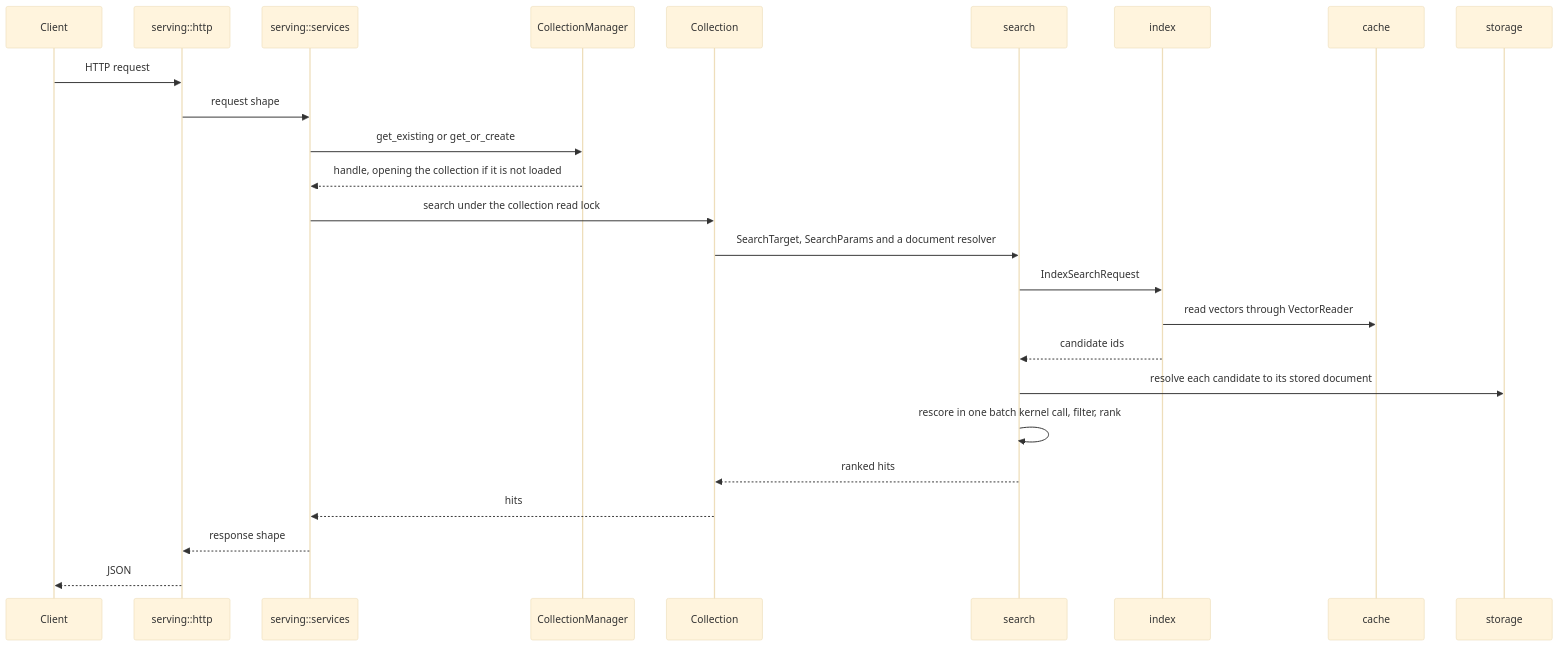
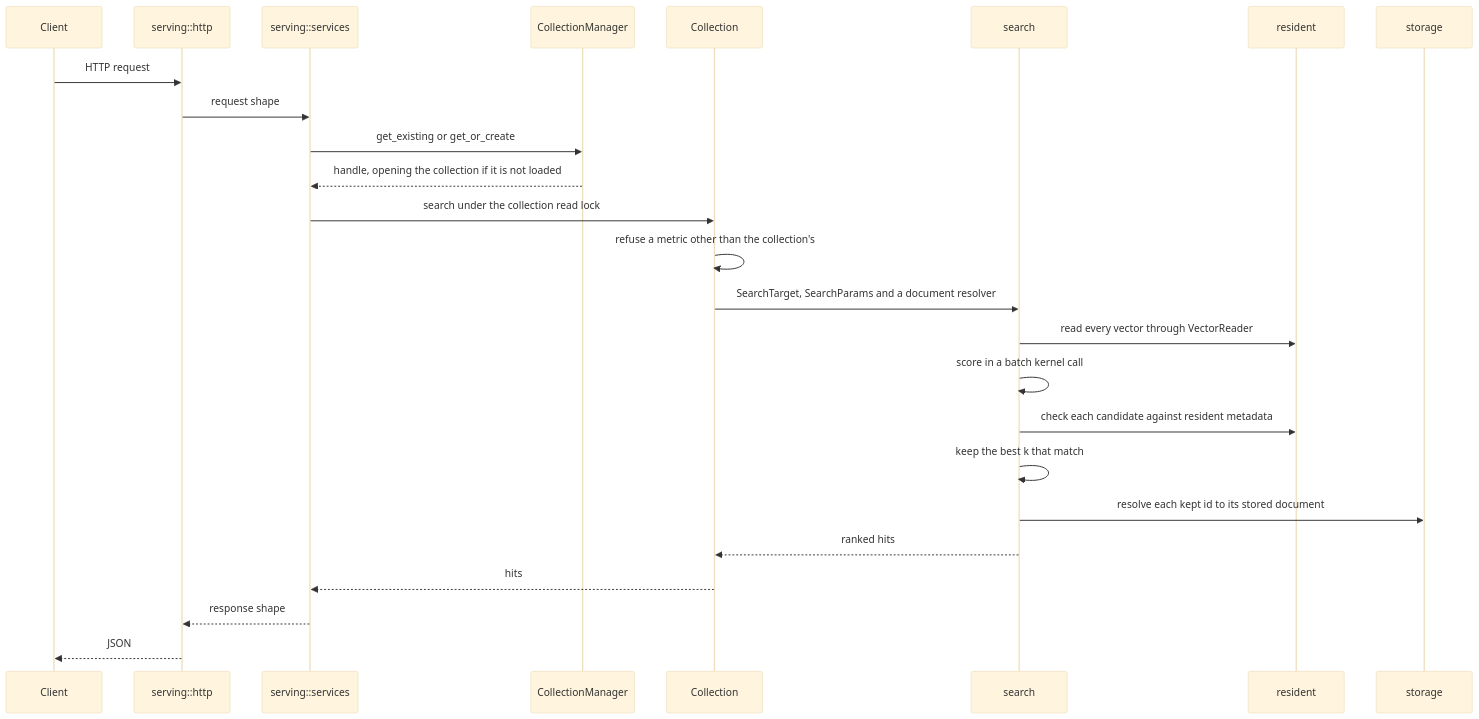
Before and after one commit to ashworks1706/piramid: the third of 9 diagrams in docs/ARCHITECTURE.md, drawn with Mermaid (base theme). The commit also changed other lines of this file and 13 other files, not shown here.

````diff
--- a/docs/ARCHITECTURE.md
+++ b/docs/ARCHITECTURE.md
@@ -270,28 +284,28 @@
 ```mermaid
 sequenceDiagram
     participant C as Client
     participant H as serving::http
     participant S as serving::services
     participant M as CollectionManager
     participant Col as Collection
     participant Se as search
-    participant Idx as index
-    participant Ca as cache
+    participant R as resident
     participant St as storage
 
     C->>H: HTTP request
     H->>S: request shape
     S->>M: get_existing or get_or_create
     M-->>S: handle, opening the collection if it is not loaded
     S->>Col: search under the collection read lock
+    Col->>Col: refuse a metric other than the collection's
     Col->>Se: SearchTarget, SearchParams and a document resolver
-    Se->>Idx: IndexSearchRequest
-    Idx->>Ca: read vectors through VectorReader
-    Idx-->>Se: candidate ids
-    Se->>St: resolve each candidate to its stored document
-    Se->>Se: rescore in one batch kernel call, filter, rank
+    Se->>R: read every vector through VectorReader
+    Se->>Se: score in a batch kernel call
+    Se->>R: check each candidate against resident metadata
+    Se->>Se: keep the best k that match
+    Se->>St: resolve each kept id to its stored document
     Se-->>Col: ranked hits
     Col-->>S: hits
     S-->>H: response shape
     H-->>C: JSON
 ```
````
